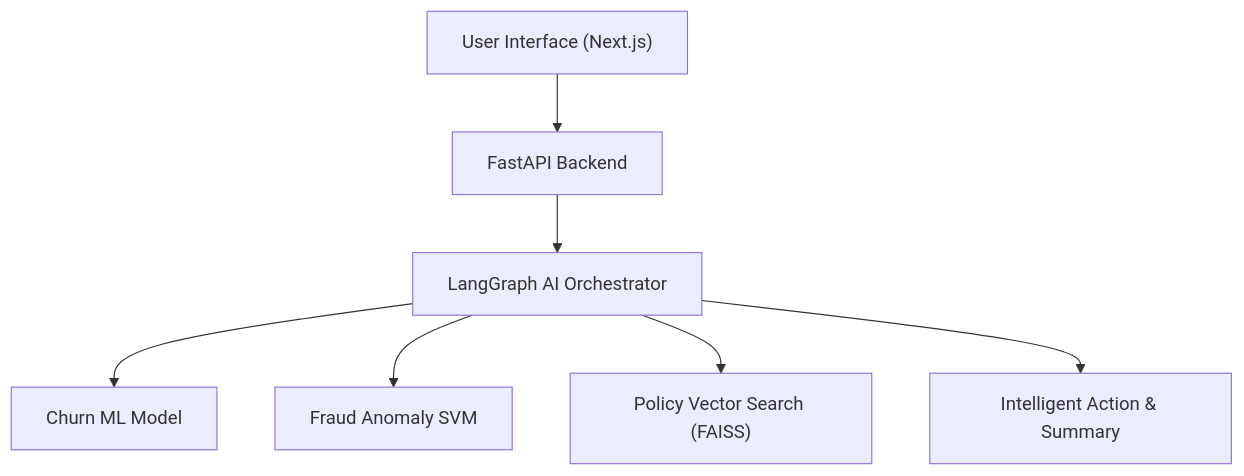
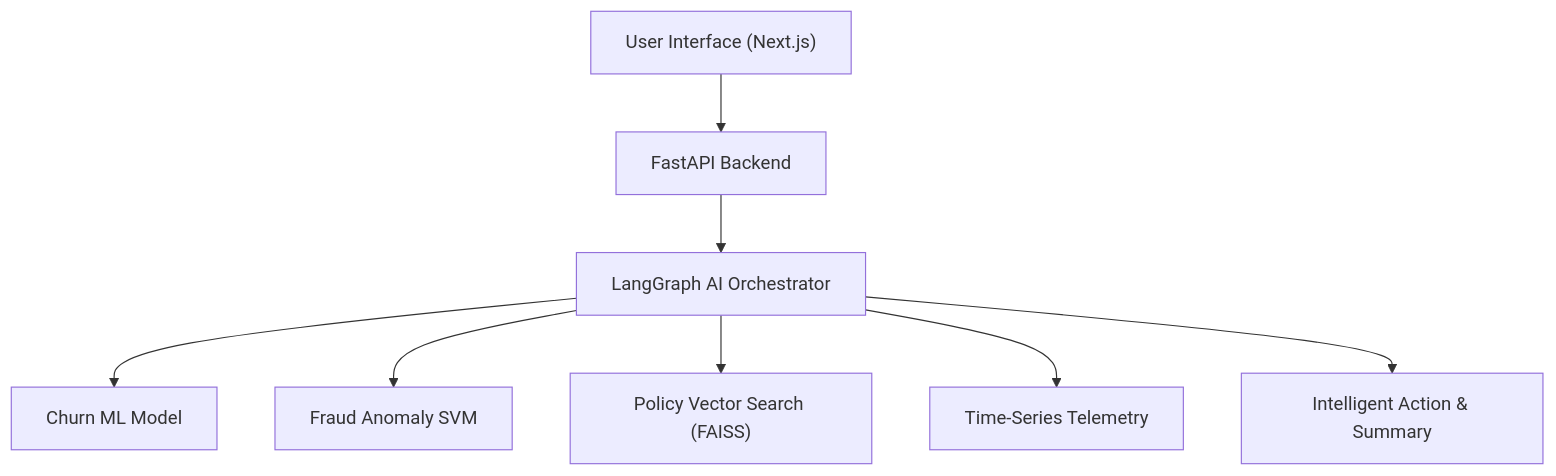
One commit to Tanvee1/banking-intelligence-platform changed the diagram in README.md. Above: the diagram before and after it, drawn with Mermaid. The commit also changed other lines of this file, not shown here.

Commit message:
docs: Update README.md to structure core features into ML Models, RAG, LangGraph Agents, and Time Series Telemetry

````diff
--- a/README.md
+++ b/README.md
@@ -40,9 +37,10 @@
 ```mermaid
 flowchart TD
     User["User Interface (Next.js)"] --> API["FastAPI Backend"]
     API --> Agent["LangGraph AI Orchestrator"]
     Agent --> Churn["Churn ML Model"]
     Agent --> Fraud["Fraud Anomaly SVM"]
     Agent --> RAG["Policy Vector Search (FAISS)"]
+    Agent --> TS["Time-Series Telemetry"]
     Agent --> Result["Intelligent Action & Summary"]
 ```
````
